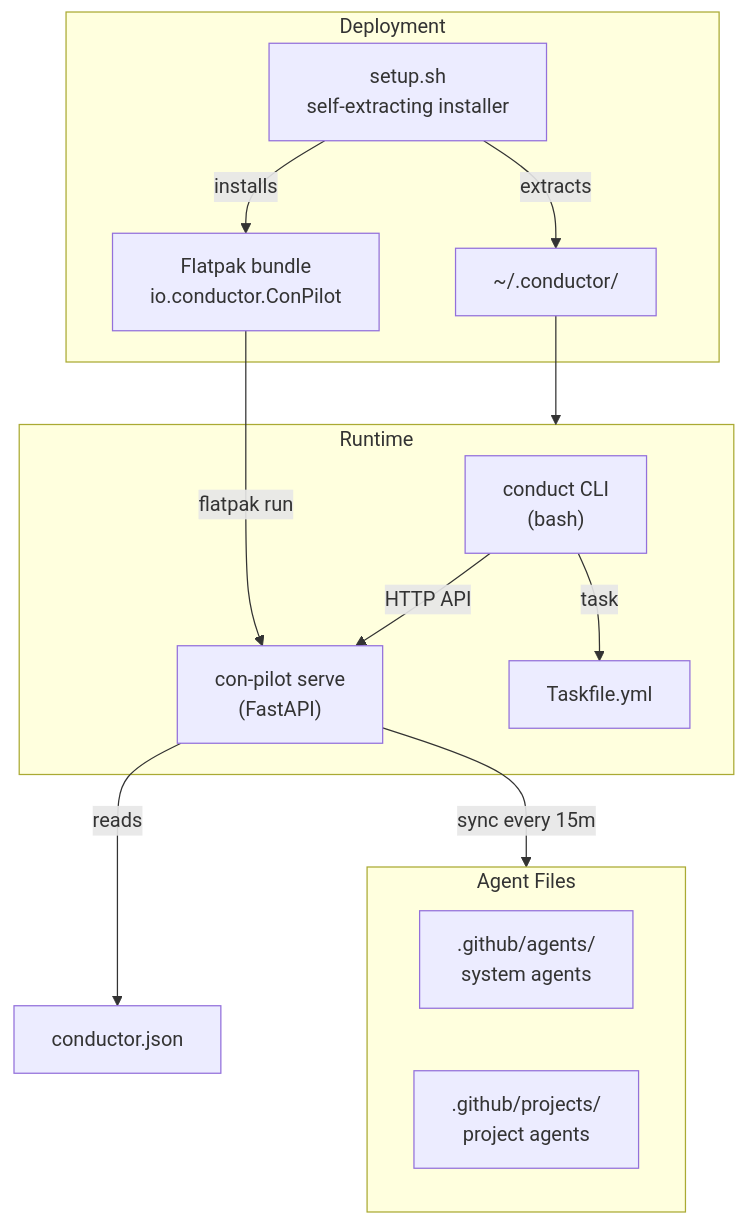
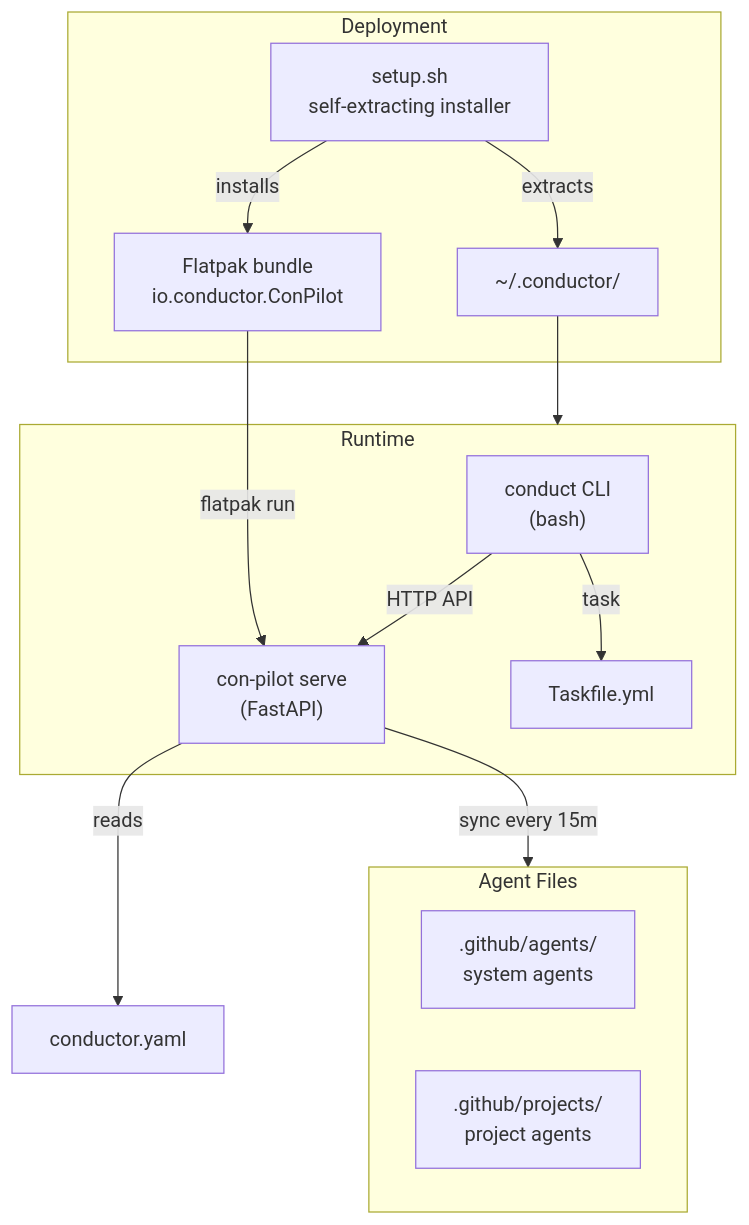
One commit to oliben67/copilot-conductor changed the first of 9 diagrams in README.md. Above: the diagram before and after it, drawn with Mermaid. The commit also changed other lines of this file and 1 other file, not shown here.

````diff
--- a/README.md
+++ b/README.md
@@ -80,26 +81,26 @@
 ```mermaid
 flowchart TD
     subgraph INSTALL["Deployment"]
         SH["setup.sh\nself-extracting installer"]
         FP["Flatpak bundle\nio.conductor.ConPilot"]
         SH -->|extracts| HOME["~/.conductor/"]
         SH -->|installs| FP
     end
 
     subgraph RUNTIME["Runtime"]
         CONDUCT["conduct CLI\n(bash)"]
         API["con-pilot serve\n(FastAPI)"]
         CONDUCT -->|"HTTP API"| API
         CONDUCT -->|"task"| TF["Taskfile.yml"]
     end
 
     subgraph AGENTS["Agent Files"]
         SYS[".github/agents/\nsystem agents"]
         PROJ[".github/projects/\nproject agents"]
     end
 
     HOME --> RUNTIME
     FP -->|"flatpak run"| API
     API -->|"sync every 15m"| AGENTS
-    API -->|"reads"| CJ["conductor.json"]
+    API -->|"reads"| CJ["conductor.yaml"]
 ```
````
